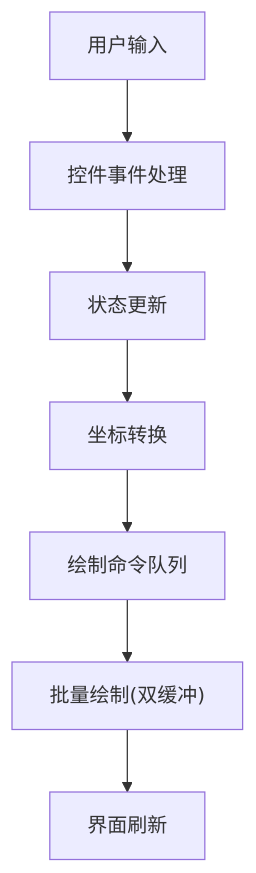
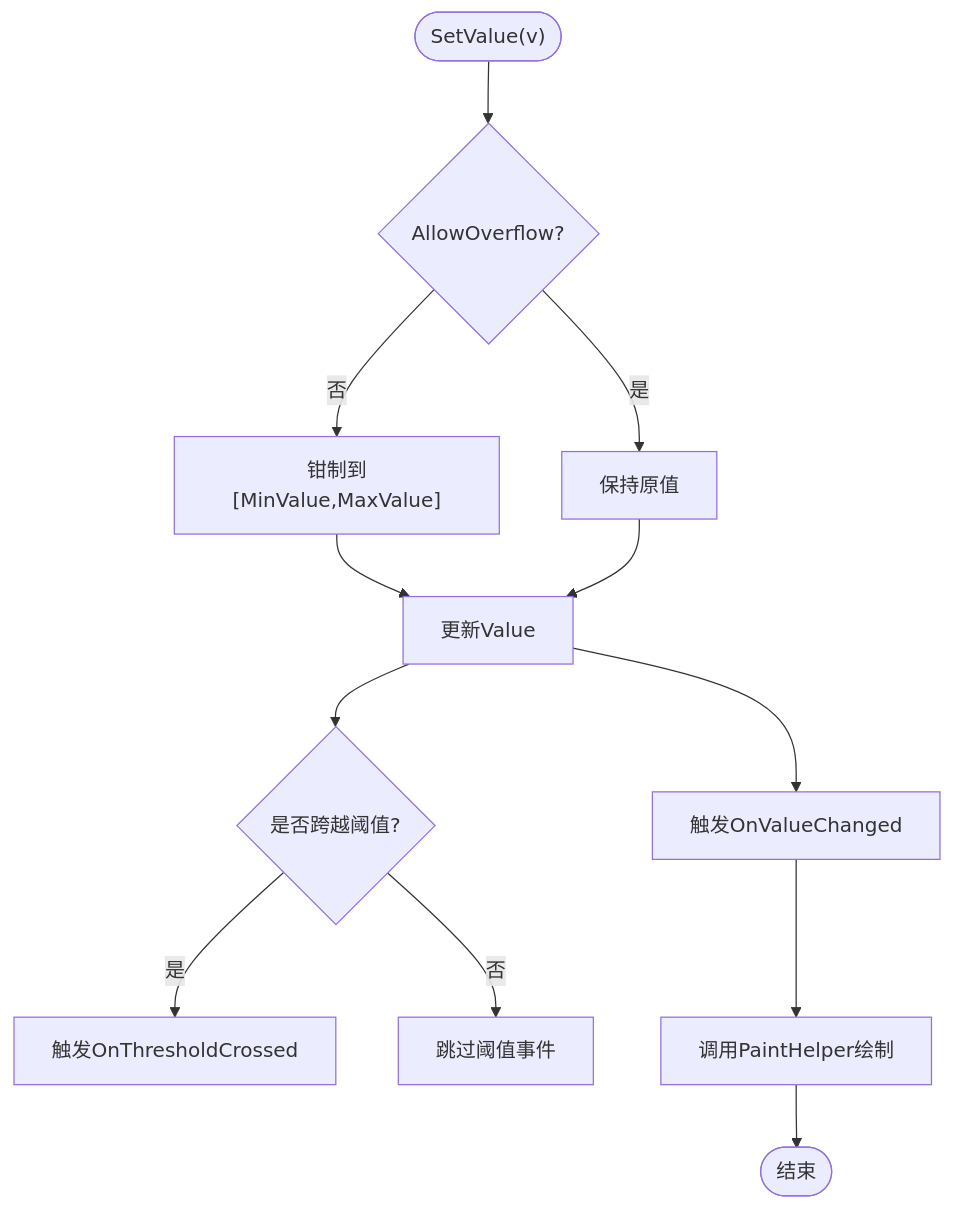
One commit to fuweiq94-cloud/3399180760 changed the fifth of 6 diagrams in .qoder/repowiki/zh/content/自定义控件库/高级控件.md. Above: the diagram before and after it, drawn with Mermaid. The commit also changed other lines of this file and 94 other files, not shown here.

````diff
--- a/.qoder/repowiki/zh/content/自定义控件库/高级控件.md
+++ b/.qoder/repowiki/zh/content/自定义控件库/高级控件.md
@@ -283,9 +302,14 @@
 ```mermaid
 flowchart TD
-A["用户输入"] --> B["控件事件处理"]
-B --> C["状态更新"]
-C --> D["坐标转换"]
-D --> E["绘制命令队列"]
-E --> F["批量绘制(双缓冲)"]
-F --> G["界面刷新"]
+Enter(["SetValue(v)"]) --> CheckOverflow{"AllowOverflow?"}
+CheckOverflow --> |否| Clamp["钳制到[MinValue,MaxValue]"]
+CheckOverflow --> |是| Keep["保持原值"]
+Clamp --> UpdateValue["更新Value"]
+Keep --> UpdateValue
+UpdateValue --> CheckThreshold{"是否跨越阈值?"}
+CheckThreshold --> |是| FireThreshold["触发OnThresholdCrossed"]
+CheckThreshold --> |否| SkipThreshold["跳过阈值事件"]
+UpdateValue --> FireValue["触发OnValueChanged"]
+FireValue --> Draw["调用PaintHelper绘制"]
+Draw --> Exit(["结束"])
 ```
````
